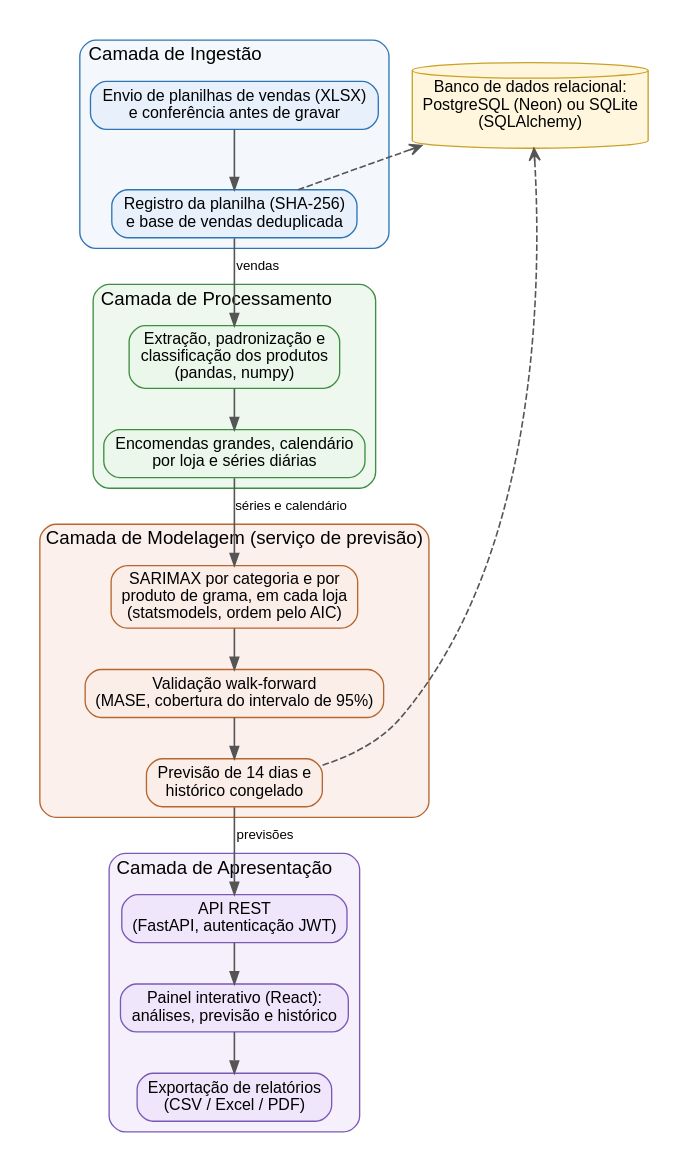
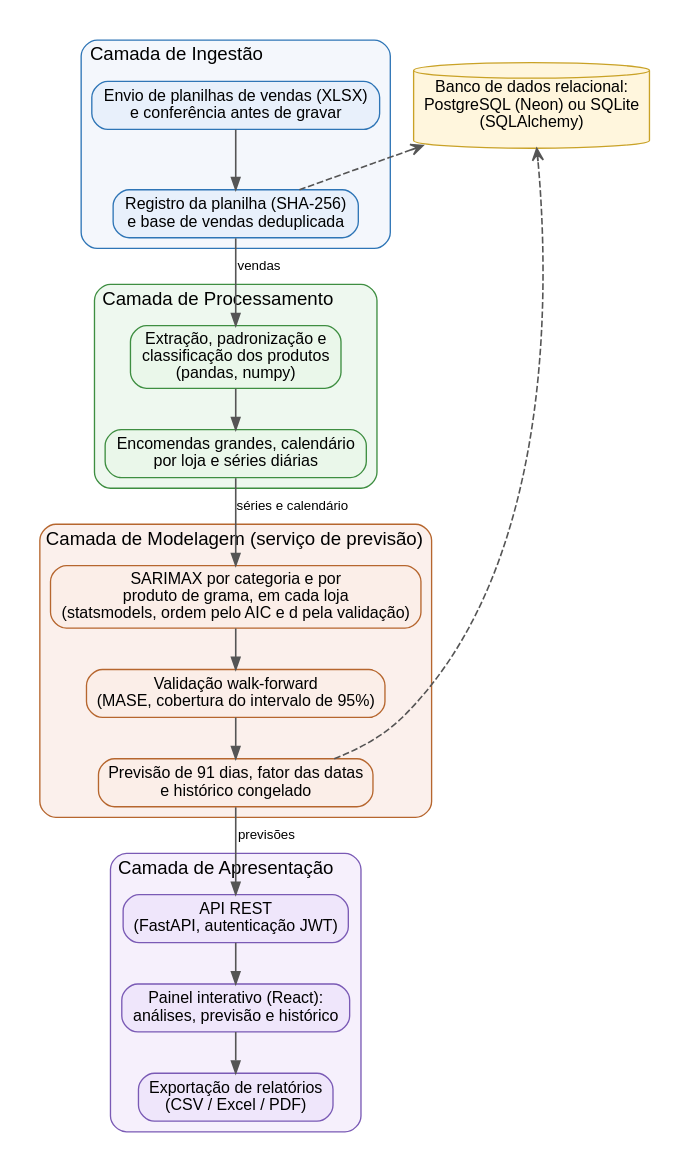
One commit to FelipeGA02/TCC---Inventory-Forecasting changed the diagram in .claude/skills/artigo-tcc/diagramas/fig5_arquitetura.dot. Above: the diagram before and after it, drawn with Graphviz. The commit also changed 6 other files, not shown here.

```diff
--- a/.claude/skills/artigo-tcc/diagramas/fig5_arquitetura.dot
+++ b/.claude/skills/artigo-tcc/diagramas/fig5_arquitetura.dot
@@ -1,29 +1,29 @@
 digraph ARQ {
   rankdir=TB; nodesep=0.35; ranksep=0.42; pad=0.2; compound=true;
   node [fontname="Arial", fontsize=12, shape=box, style="rounded,filled"];
   edge [color="#555555", arrowsize=0.9, penwidth=1.2, fontname="Arial", fontsize=10];
   subgraph cluster_ing { label="Camada de Ingestão"; fontname="Arial"; fontsize=14; labeljust="l"; style="rounded,filled"; fillcolor="#f4f7fc"; color="#2e75b6";
     i1 [label="Envio de planilhas de vendas (XLSX)\ne conferência antes de gravar", fillcolor="#e8f0fb", color="#2e75b6"];
     i2 [label="Registro da planilha (SHA-256)\ne base de vendas deduplicada", fillcolor="#e8f0fb", color="#2e75b6"];
     i1 -> i2; }
   subgraph cluster_proc { label="Camada de Processamento"; fontname="Arial"; fontsize=14; labeljust="l"; style="rounded,filled"; fillcolor="#eef8ef"; color="#3e8e41";
     p1 [label="Extração, padronização e\nclassificação dos produtos\n(pandas, numpy)", fillcolor="#eaf7ea", color="#3e8e41"];
     p2 [label="Encomendas grandes, calendário\npor loja e séries diárias", fillcolor="#eaf7ea", color="#3e8e41"];
     p1 -> p2; }
   subgraph cluster_mod { label="Camada de Modelagem (serviço de previsão)"; fontname="Arial"; fontsize=14; labeljust="l"; style="rounded,filled"; fillcolor="#fbf0ec"; color="#b6662e";
-    m1 [label="SARIMAX por categoria e por\nproduto de grama, em cada loja\n(statsmodels, ordem pelo AIC)", fillcolor="#fbeee8", color="#b6662e"];
+    m1 [label="SARIMAX por categoria e por\nproduto de grama, em cada loja\n(statsmodels, ordem pelo AIC e d pela validação)", fillcolor="#fbeee8", color="#b6662e"];
     m2 [label="Validação walk-forward\n(MASE, cobertura do intervalo de 95%)", fillcolor="#fbeee8", color="#b6662e"];
-    m3 [label="Previsão de 14 dias e\nhistórico congelado", fillcolor="#fbeee8", color="#b6662e"];
+    m3 [label="Previsão de 91 dias, fator das datas\ne histórico congelado", fillcolor="#fbeee8", color="#b6662e"];
     m1 -> m2 -> m3; }
   subgraph cluster_apr { label="Camada de Apresentação"; fontname="Arial"; fontsize=14; labeljust="l"; style="rounded,filled"; fillcolor="#f6f0fc"; color="#7a5ab5";
     a0 [label="API REST\n(FastAPI, autenticação JWT)", fillcolor="#efe6fb", color="#7a5ab5"];
     a1 [label="Painel interativo (React):\nanálises, previsão e histórico", fillcolor="#efe6fb", color="#7a5ab5"];
     a3 [label="Exportação de relatórios\n(CSV / Excel / PDF)", fillcolor="#efe6fb", color="#7a5ab5"];
     a0 -> a1 -> a3; }
   db [label="Banco de dados relacional:\nPostgreSQL (Neon) ou SQLite\n(SQLAlchemy)", shape=cylinder, style=filled, fillcolor="#fff6dd", color="#c9a227"];
   i2 -> p1 [label=" vendas"];
   p2 -> m1 [label=" séries e calendário"];
   m3 -> a0 [label=" previsões"];
   i2 -> db [style=dashed, arrowhead=open, constraint=false];
   m3 -> db [style=dashed, arrowhead=open, constraint=false];
 }
```
